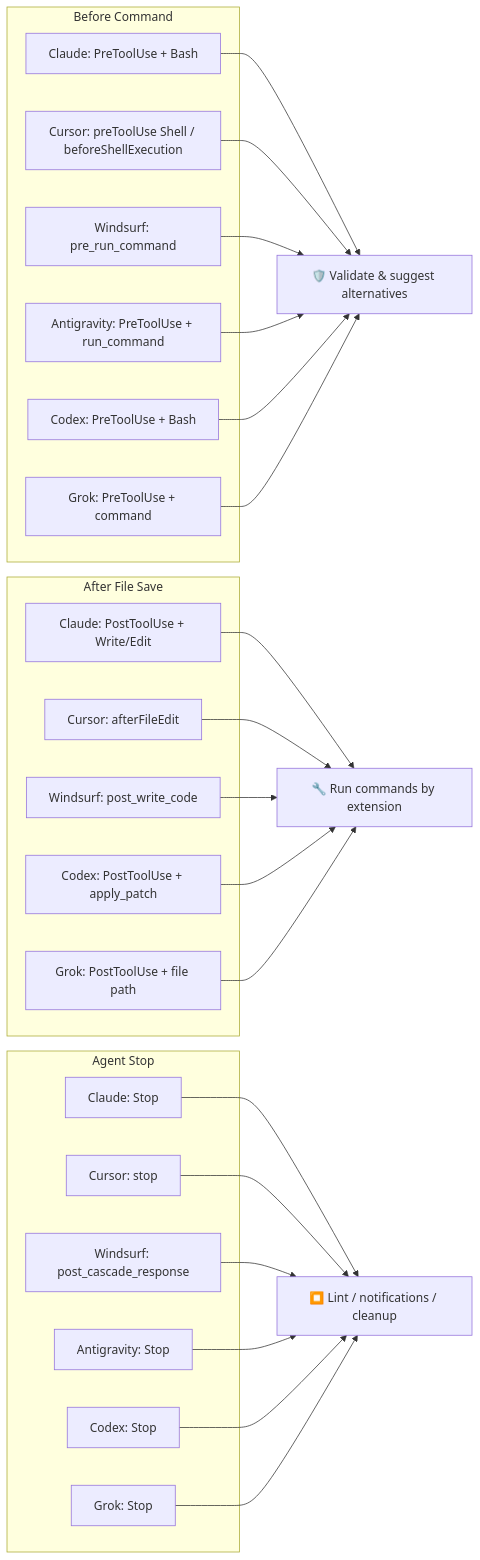
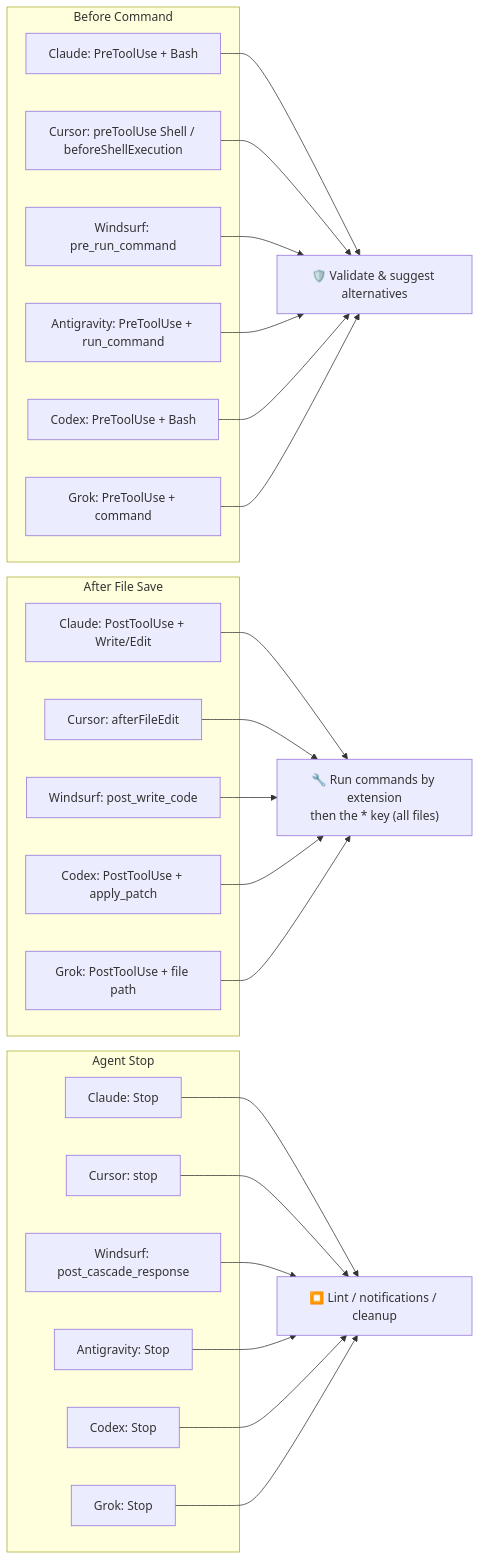
The diagram in docs/cli-reference.md (owayo/claw-hooks), drawn with Mermaid before and after one commit. The commit also changed 12 other files, not shown here.

````diff
--- a/docs/cli-reference.md
+++ b/docs/cli-reference.md
@@ -196,48 +196,48 @@
 ```mermaid
 graph LR
     subgraph Before Command
         CC1[Claude: PreToolUse + Bash]
         CU1[Cursor: preToolUse Shell / beforeShellExecution]
         WS1[Windsurf: pre_run_command]
         AG1[Antigravity: PreToolUse + run_command]
         CX1[Codex: PreToolUse + Bash]
         GR1[Grok: PreToolUse + command]
     end
     CH1[🛡️ Validate & suggest alternatives]
     CC1 --> CH1
     CU1 --> CH1
     WS1 --> CH1
     AG1 --> CH1
     CX1 --> CH1
     GR1 --> CH1
 
     subgraph After File Save
         CC2[Claude: PostToolUse + Write/Edit]
         CU2[Cursor: afterFileEdit]
         WS2[Windsurf: post_write_code]
         CX2[Codex: PostToolUse + apply_patch]
         GR2[Grok: PostToolUse + file path]
     end
-    CH2[🔧 Run commands by extension]
+    CH2["🔧 Run commands by extension<br>then the * key (all files)"]
     CC2 --> CH2
     CU2 --> CH2
     WS2 --> CH2
     CX2 --> CH2
     GR2 --> CH2
 
     subgraph Agent Stop
         CC3[Claude: Stop]
         CU3[Cursor: stop]
         WS3[Windsurf: post_cascade_response]
         AG3[Antigravity: Stop]
         CX3[Codex: Stop]
         GR3[Grok: Stop]
     end
     CH3[⏹️ Lint / notifications / cleanup]
     CC3 --> CH3
     CU3 --> CH3
     WS3 --> CH3
     AG3 --> CH3
     CX3 --> CH3
     GR3 --> CH3
 ```
````
